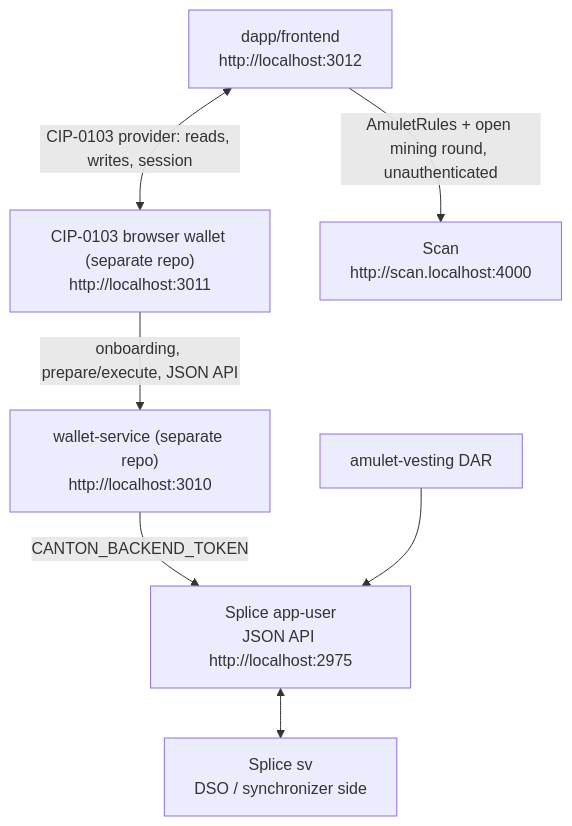
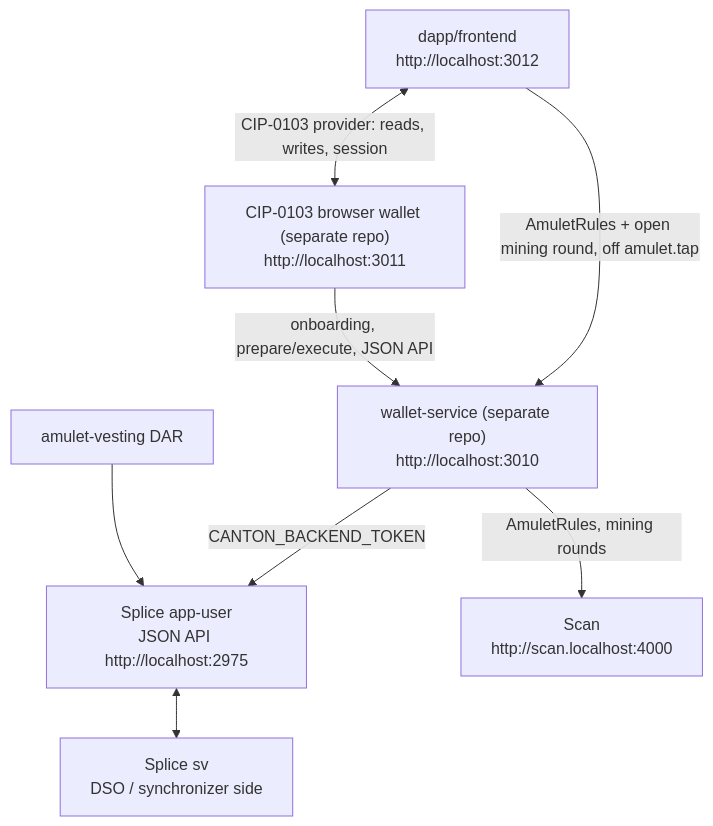
One commit to BootNodeDev/canton-dappbooster changed the diagram in architecture.md. Above: the diagram before and after it, drawn with Mermaid. The commit also changed other lines of this file and 22 other files, not shown here.

First line of the commit message:
feat(frontend): build the Amulet transfer context off wallet-service

````diff
--- a/architecture.md
+++ b/architecture.md
@@ -18,17 +18,18 @@
 ```mermaid
 flowchart TD
   fe["dapp/frontend<br/>http://localhost:3012"]
   wallet["CIP-0103 browser wallet (separate repo)<br/>http://localhost:3011"]
   ws["wallet-service (separate repo)<br/>http://localhost:3010"]
   au["Splice app-user<br/>JSON API http://localhost:2975"]
   sv["Splice sv<br/>DSO / synchronizer side"]
   scan["Scan<br/>http://scan.localhost:4000"]
   dar["amulet-vesting DAR"]
 
-  fe -->|"AmuletRules + open mining round, unauthenticated"| scan
+  fe -->|"AmuletRules + open mining round, off amulet.tap"| ws
   fe <-->|"CIP-0103 provider: reads, writes, session"| wallet
   wallet -->|"onboarding, prepare/execute, JSON API"| ws
   ws -->|"CANTON_BACKEND_TOKEN"| au
+  ws -->|"AmuletRules, mining rounds"| scan
   au <--> sv
   dar --> au
 ```
````
